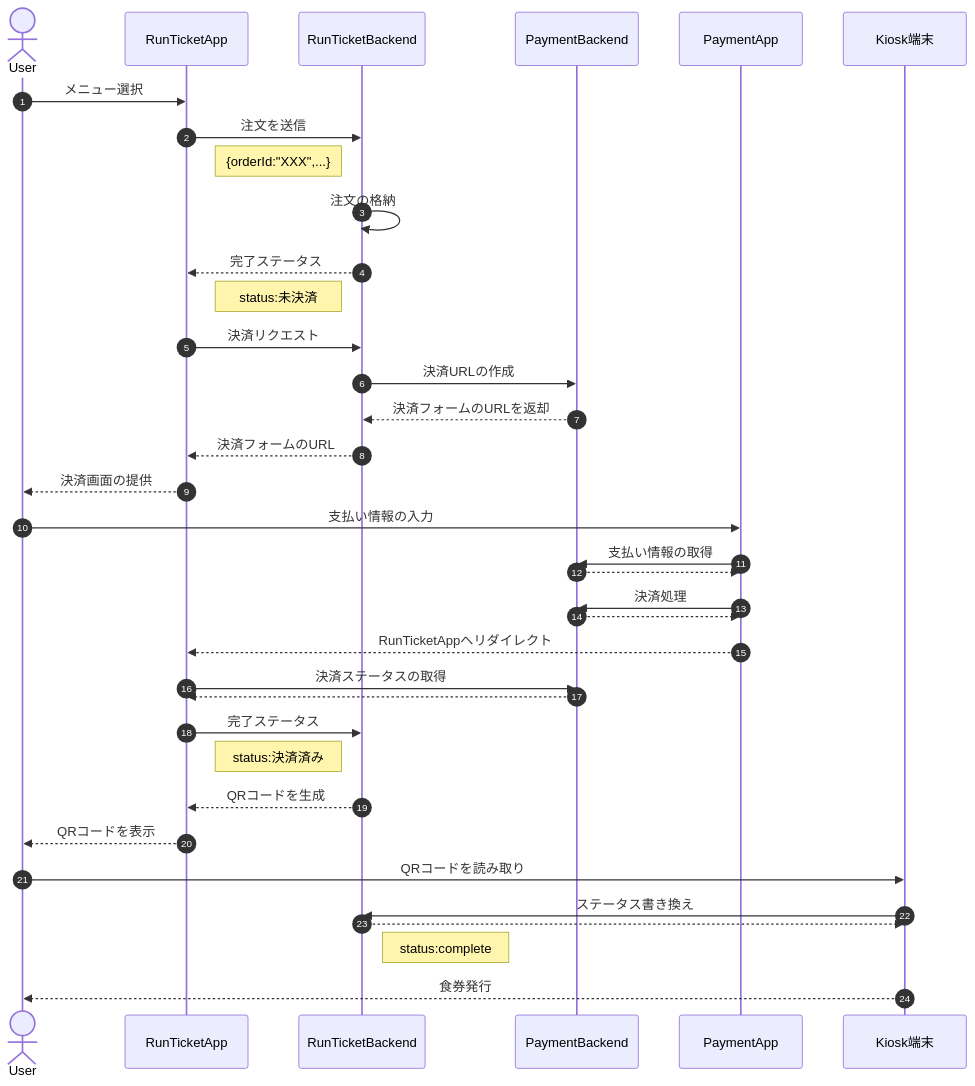
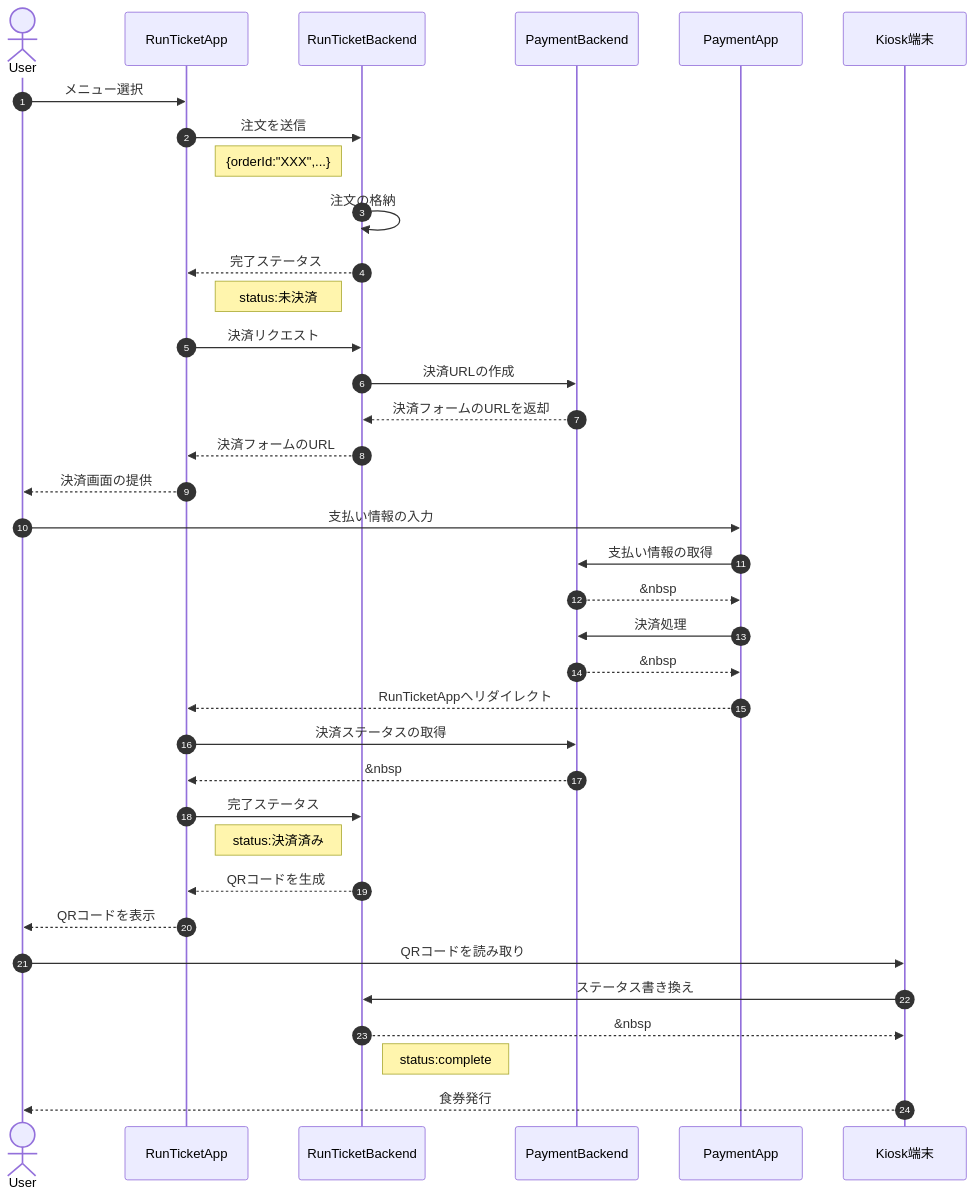
The diagram in README.md (charokoukuu/mobile-order), drawn with Mermaid before and after one commit. The commit also changed 1 other file, not shown here.

````diff
--- a/README.md
+++ b/README.md
@@ -1,38 +1,38 @@
 ```mermaid
 sequenceDiagram
     autonumber
     actor User
     participant client as RunTicketApp
     participant backend as RunTicketBackend
     participant payback as PaymentBackend
     participant payapp as PaymentApp
     participant kiosk as Kiosk端末
     User->>client: メニュー選択
     client->>backend: 注文を送信
     Note left of backend: {orderId:"XXX",...}
     backend->>backend: 注文の格納
     backend-->>client: 完了ステータス
      Note left of backend:status:未決済
     client->>backend:決済リクエスト
     backend->>payback: 決済URLの作成
     payback-->>backend: 決済フォームのURLを返却
     backend-->>client: 決済フォームのURL
     client-->>User: 決済画面の提供
     User->>payapp: 支払い情報の入力
     payapp->>payback: 支払い情報の取得
-    payback-->>payapp: 
+    payback-->>payapp:&nbsp;
     payapp->>payback: 決済処理
-    payback-->>payapp: 
+    payback-->>payapp:&nbsp;
     payapp-->>client:RunTicketAppへリダイレクト
     client->>payback:決済ステータスの取得
-    payback-->>client: 
+    payback-->>client:&nbsp;
     client->>backend:完了ステータス
     Note left of backend:status:決済済み
     backend-->>client:QRコードを生成
     client-->>User:QRコードを表示
     User->>kiosk:QRコードを読み取り
     kiosk->>backend:ステータス書き換え
-    backend-->>kiosk: 
+    backend-->>kiosk:&nbsp;
     Note right of backend:status:complete
     kiosk-->>User:食券発行
 ```
````
